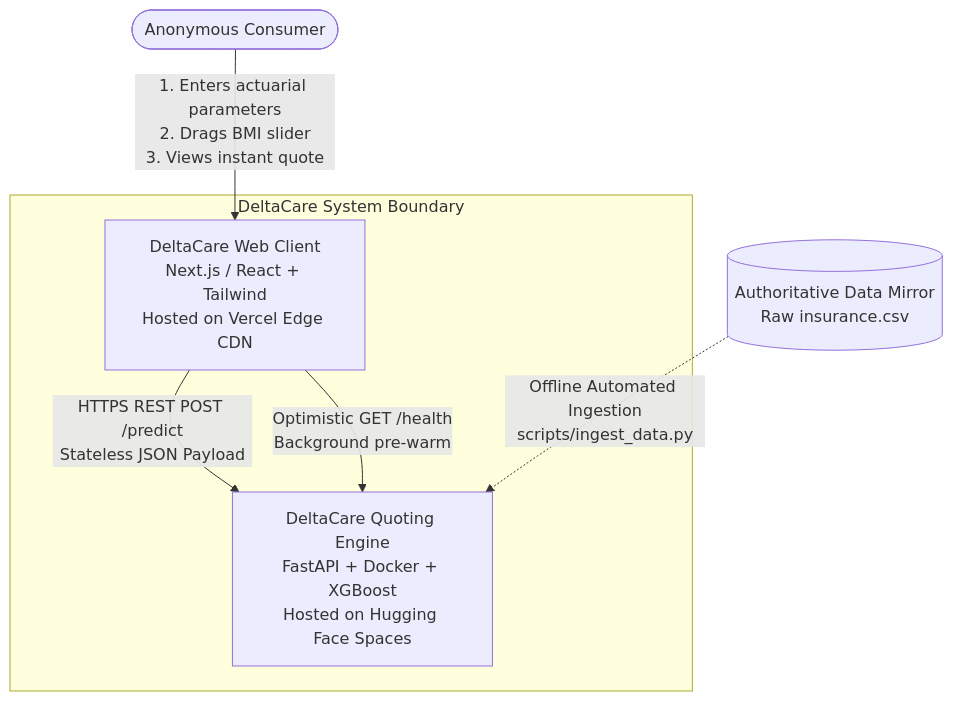
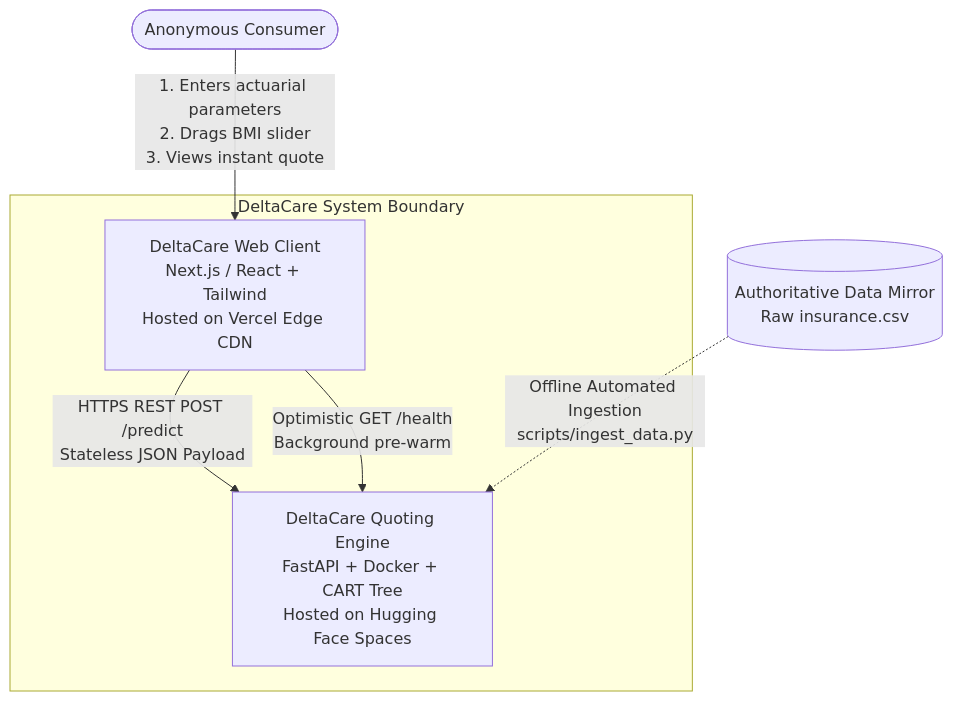
Before and after one commit to Sayan-pixel/DeltaCare: the first of 2 diagrams in docs/architecture/SYSTEM_ARCHITECTURE.md, drawn with Mermaid. The commit also changed other lines of this file and 23 other files, not shown here.

First line of the commit message:
refactor(ml): migrate architecture from XGBoost to CART Decision Tree Regressor (#23)

````diff
--- a/docs/architecture/SYSTEM_ARCHITECTURE.md
+++ b/docs/architecture/SYSTEM_ARCHITECTURE.md
@@ -21,16 +21,16 @@
 ```mermaid
 flowchart TD
     User([Anonymous Consumer])
     
     subgraph DeltaCare_System [DeltaCare System Boundary]
         WebClient[DeltaCare Web Client\nNext.js / React + Tailwind\nHosted on Vercel Edge CDN]
-        APIContainer[DeltaCare Quoting Engine\nFastAPI + Docker + XGBoost\nHosted on Hugging Face Spaces]
+        APIContainer[DeltaCare Quoting Engine\nFastAPI + Docker + CART Tree\nHosted on Hugging Face Spaces]
     end
     
     DataMirror[(Authoritative Data Mirror\nRaw insurance.csv)]
     
     User -->|1. Enters actuarial parameters\n2. Drags BMI slider\n3. Views instant quote| WebClient
     WebClient -->|HTTPS REST POST /predict\nStateless JSON Payload| APIContainer
     WebClient -->|Optimistic GET /health\nBackground pre-warm| APIContainer
     DataMirror -.->|Offline Automated Ingestion\nscripts/ingest_data.py| APIContainer
 ```
````
